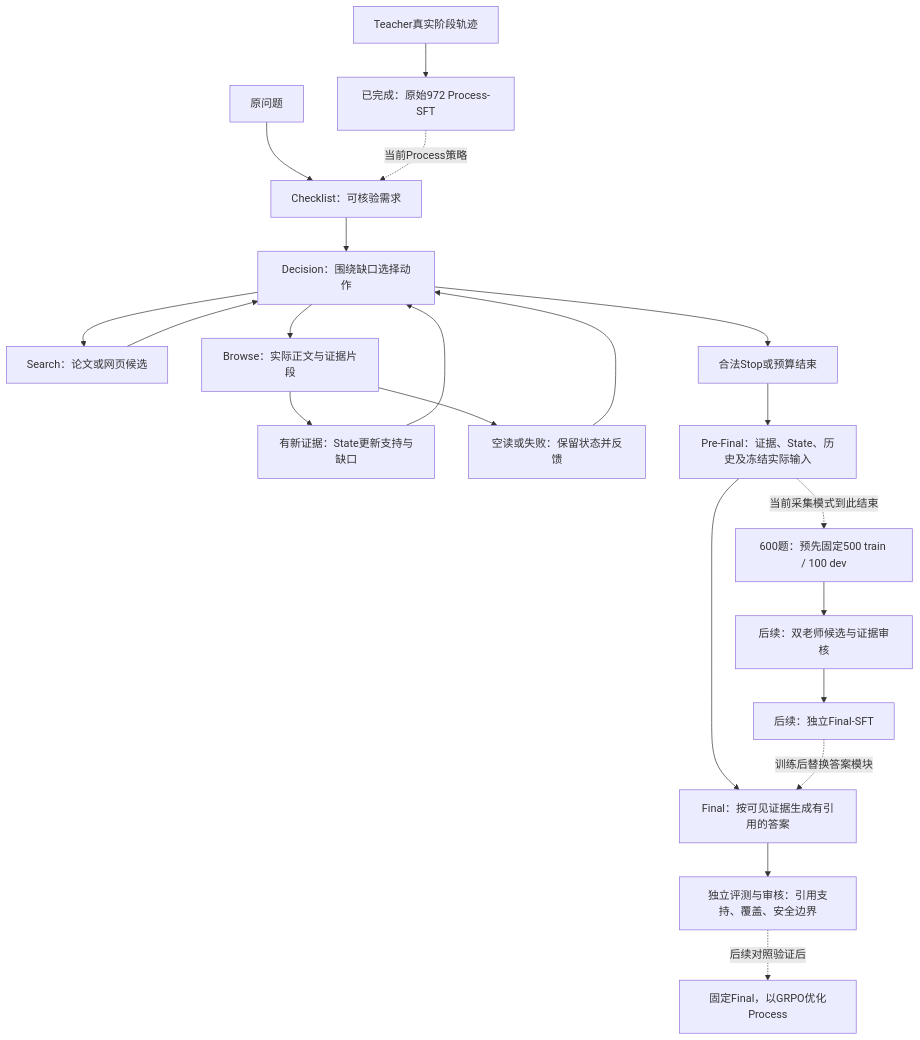
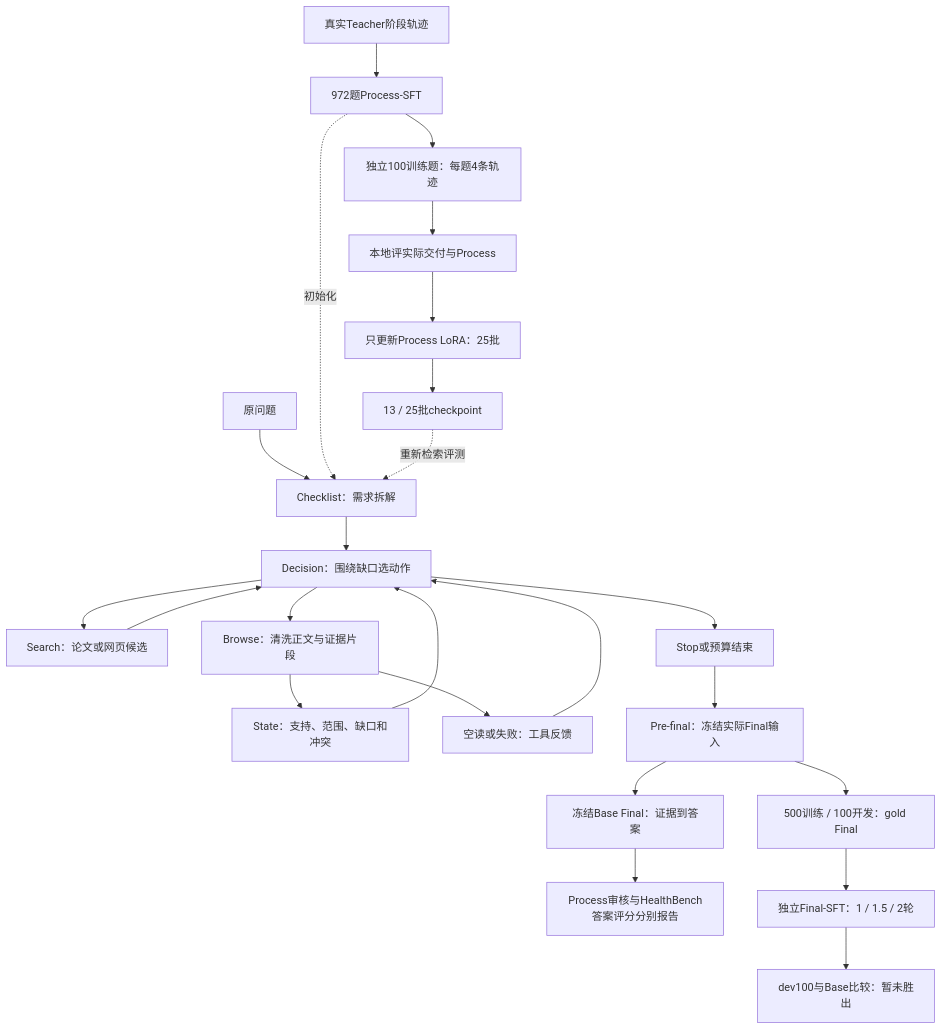
Before and after one commit to MaSunKing/medical-research-agent-grpo: the diagram in versions/process_final_sft/README.md, drawn with Mermaid. The commit also changed other lines of this file and 166 other files, not shown here.

Commit message:
docs(v3): publish Final-SFT comparison and Process-GRPO training results

````diff
--- a/versions/process_final_sft/README.md
+++ b/versions/process_final_sft/README.md
@@ -37,23 +21,26 @@
 ```mermaid
 flowchart TB
-    Q[原问题] --> C[Checklist：可核验需求]
-    C --> D[Decision：围绕缺口选择动作]
+    Q[原问题] --> C[Checklist：需求拆解]
+    C --> D[Decision：围绕缺口选动作]
     D --> Search[Search：论文或网页候选]
     Search --> D
-    D --> Browse[Browse：实际正文与证据片段]
-    Browse --> State[有新证据：State更新支持与缺口]
+    D --> Browse[Browse：清洗正文与证据片段]
+    Browse --> State[State：支持、范围、缺口和冲突]
     State --> D
-    Browse --> Feedback[空读或失败：保留状态并反馈]
+    Browse --> Feedback[空读或失败：工具反馈]
     Feedback --> D
-    D --> Stop[合法Stop或预算结束]
-    Stop --> Pack[Pre-Final：证据、State、历史及冻结实际输入]
-    Pack --> F[Final：按可见证据生成有引用的答案]
-    F --> Audit[独立评测与审核：引用支持、覆盖、安全边界]
-    Teacher[Teacher真实阶段轨迹] --> PSFT[已完成：原始972 Process-SFT]
-    PSFT -. 当前Process策略 .-> C
-    Pack -. 当前采集模式到此结束 .-> Data[600题：预先固定500 train / 100 dev]
-    Data --> Gold[后续：双老师候选与证据审核]
-    Gold --> FSFT[后续：独立Final-SFT]
-    FSFT -. 训练后替换答案模块 .-> F
-    Audit -. 后续对照验证后 .-> RL[固定Final，以GRPO优化Process]
+    D --> Stop[Stop或预算结束]
+    Stop --> Pack[Pre-final：冻结实际Final输入]
+    Pack --> F[冻结Base Final：证据到答案]
+    F --> Eval[Process审核与HealthBench答案评分分别报告]
+    Teacher[真实Teacher阶段轨迹] --> PSFT[972题Process-SFT]
+    PSFT -. 初始化 .-> C
+    Pack --> Gold[500训练 / 100开发：gold Final]
+    Gold --> FSFT[独立Final-SFT：1 / 1.5 / 2轮]
+    FSFT --> Compare[dev100与Base比较：暂未胜出]
+    PSFT --> Rollout[独立100训练题：每题4条轨迹]
+    Rollout --> Reward[本地评实际交付与Process]
+    Reward --> Update[只更新Process LoRA：25批]
+    Update --> CP[13 / 25批checkpoint]
+    CP -. 重新检索评测 .-> C
 ```
````
